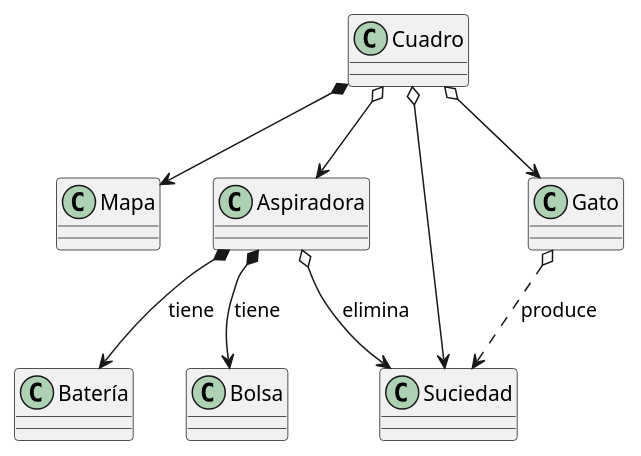
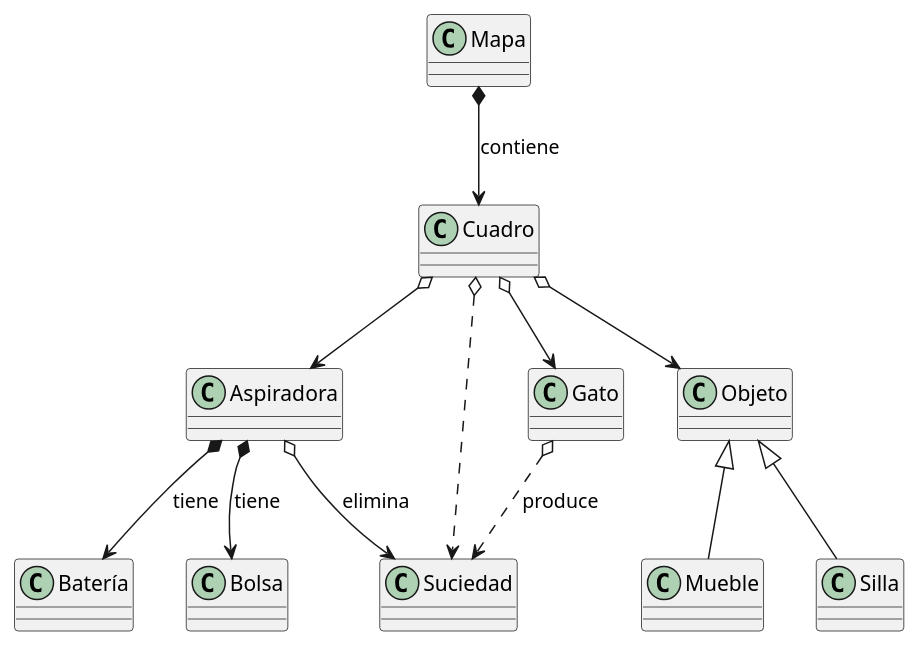
Before and after one commit to mmasias/idsw2: the diagram in docs/modeloDeDominio.plantuml, drawn with PlantUML.

Commit message:
fix(modeloDeDominio.plantuml): diagramado de las clases de los muebles.

```diff
--- a/docs/modeloDeDominio.plantuml
+++ b/docs/modeloDeDominio.plantuml
@@ -1,20 +1,29 @@
 @startuml
 class Mapa
 class Aspiradora
 class Suciedad
 class Batería
 class Gato
 class Bolsa
+class Objeto
 class Cuadro
+class Mueble
+class Silla
 
+Mapa *--> Cuadro : contiene
 
 Cuadro o--> Aspiradora 
 Cuadro o--> Gato 
-Cuadro o--> Suciedad
-Cuadro *--> Mapa
+Cuadro o..> Suciedad
+Cuadro o--> Objeto
+
 Aspiradora o--> Suciedad : elimina
 Aspiradora *--> Bolsa : tiene
 Aspiradora *--> Batería : tiene
+
 Gato o..> Suciedad : produce
 
+Objeto <|-- Mueble
+Objeto <|-- Silla
+
 @enduml
```
